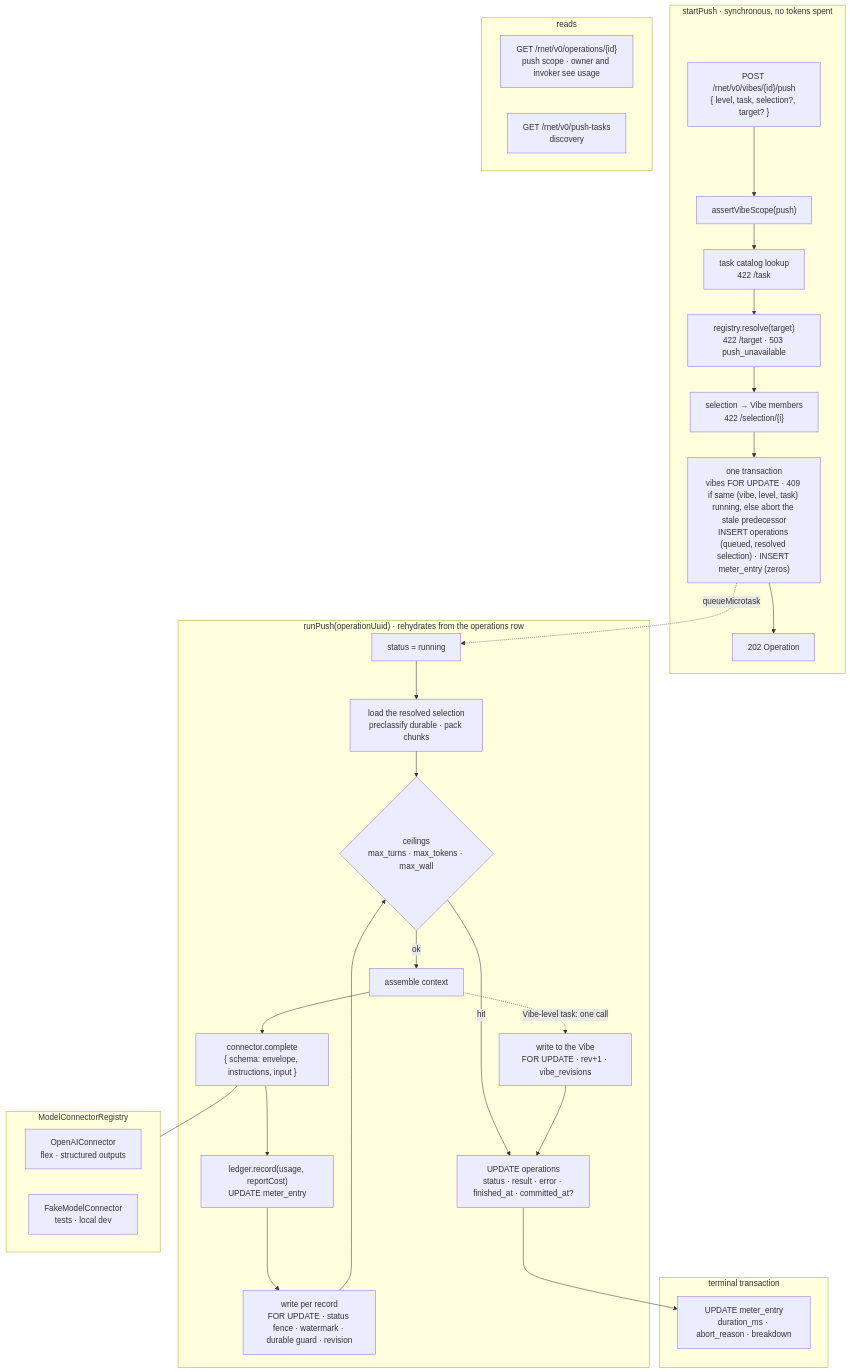
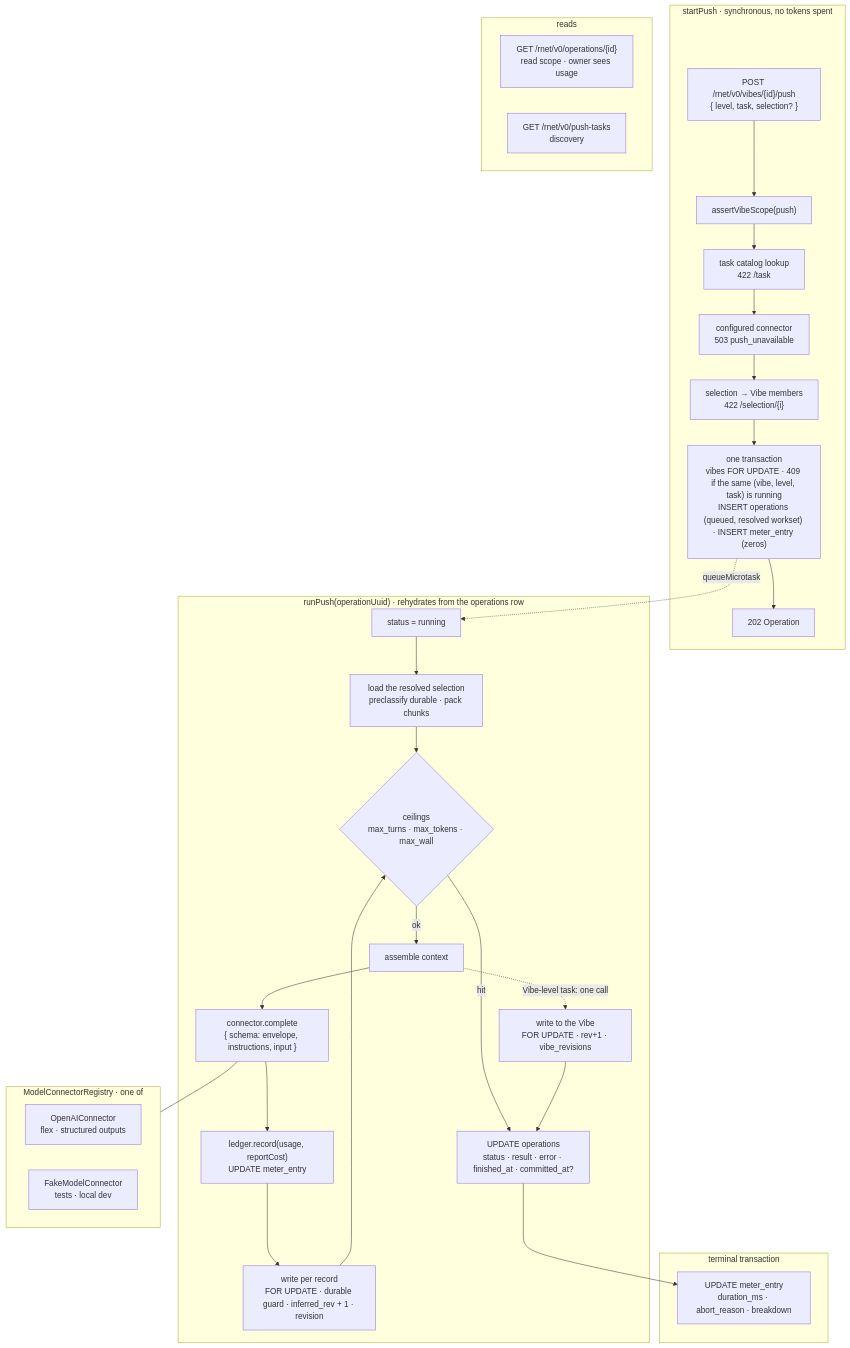
One commit to 2DM-technologies/rhizome changed the diagram in impl/concepts/push-pipeline.md. Above: the diagram before and after it, drawn with Mermaid. The commit also changed other lines of this file and 2 other files, not shown here.

First line of the commit message:
docs(impl): push pipeline after second review and alpha-scale audit

````diff
--- a/impl/concepts/push-pipeline.md
+++ b/impl/concepts/push-pipeline.md
@@ -53,41 +53,41 @@
 ```mermaid
 flowchart TD
   subgraph accept["startPush · synchronous, no tokens spent"]
-    A1["POST /rnet/v0/vibes/{id}/push<br/>{ level, task, selection?, target? }"] --> A2["assertVibeScope(push)"]
+    A1["POST /rnet/v0/vibes/{id}/push<br/>{ level, task, selection? }"] --> A2["assertVibeScope(push)"]
     A2 --> A3["task catalog lookup<br/>422 /task"]
-    A3 --> A4["registry.resolve(target)<br/>422 /target · 503 push_unavailable"]
+    A3 --> A4["configured connector<br/>503 push_unavailable"]
     A4 --> A6["selection → Vibe members<br/>422 /selection/{i}"]
-    A6 --> A7["one transaction<br/>vibes FOR UPDATE · 409 if same (vibe, level, task) running, else abort the stale predecessor<br/>INSERT operations (queued, resolved selection) · INSERT meter_entry (zeros)"]
+    A6 --> A7["one transaction<br/>vibes FOR UPDATE · 409 if the same (vibe, level, task) is running<br/>INSERT operations (queued, resolved workset) · INSERT meter_entry (zeros)"]
     A7 --> A8["202 Operation"]
   end
 
   A7 -. queueMicrotask .-> R1
 
   subgraph run["runPush(operationUuid) · rehydrates from the operations row"]
     R1["status = running"] --> R2["load the resolved selection<br/>preclassify durable · pack chunks"]
     R2 --> R3{"ceilings<br/>max_turns · max_tokens · max_wall"}
     R3 -- hit --> F1
     R3 -- ok --> R4["assemble context"]
     R4 --> R5["connector.complete<br/>{ schema: envelope, instructions, input }"]
     R5 --> R6["ledger.record(usage, reportCost)<br/>UPDATE meter_entry"]
-    R6 --> R7["write per record<br/>FOR UPDATE · status fence · watermark · durable guard · revision"]
+    R6 --> R7["write per record<br/>FOR UPDATE · durable guard · inferred_rev + 1 · revision"]
     R7 --> R3
     R4 -. Vibe-level task: one call .-> R8["write to the Vibe<br/>FOR UPDATE · rev+1 · vibe_revisions"]
     R8 --> F1
   end
 
   subgraph finalize["terminal transaction"]
     F1["UPDATE operations<br/>status · result · error · finished_at · committed_at?"] --> F2["UPDATE meter_entry<br/>duration_ms · abort_reason · breakdown"]
   end
 
   subgraph read["reads"]
-    G1["GET /rnet/v0/operations/{id}<br/>push scope · owner and invoker see usage"]
+    G1["GET /rnet/v0/operations/{id}<br/>read scope · owner sees usage"]
     G2["GET /rnet/v0/push-tasks<br/>discovery"]
   end
 
-  subgraph connectors["ModelConnectorRegistry"]
+  subgraph connectors["ModelConnectorRegistry · one of"]
     C1["OpenAIConnector<br/>flex · structured outputs"]
     C2["FakeModelConnector<br/>tests · local dev"]
   end
   R5 --- connectors
 ```
````
